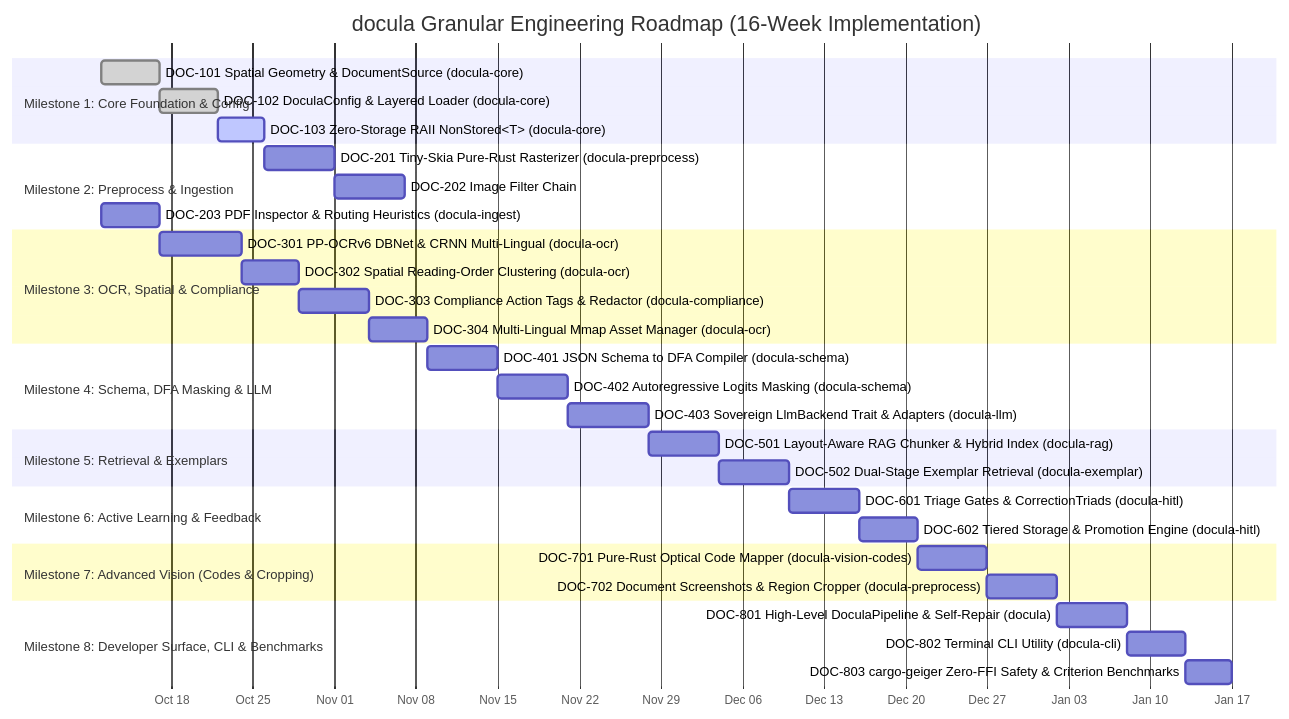
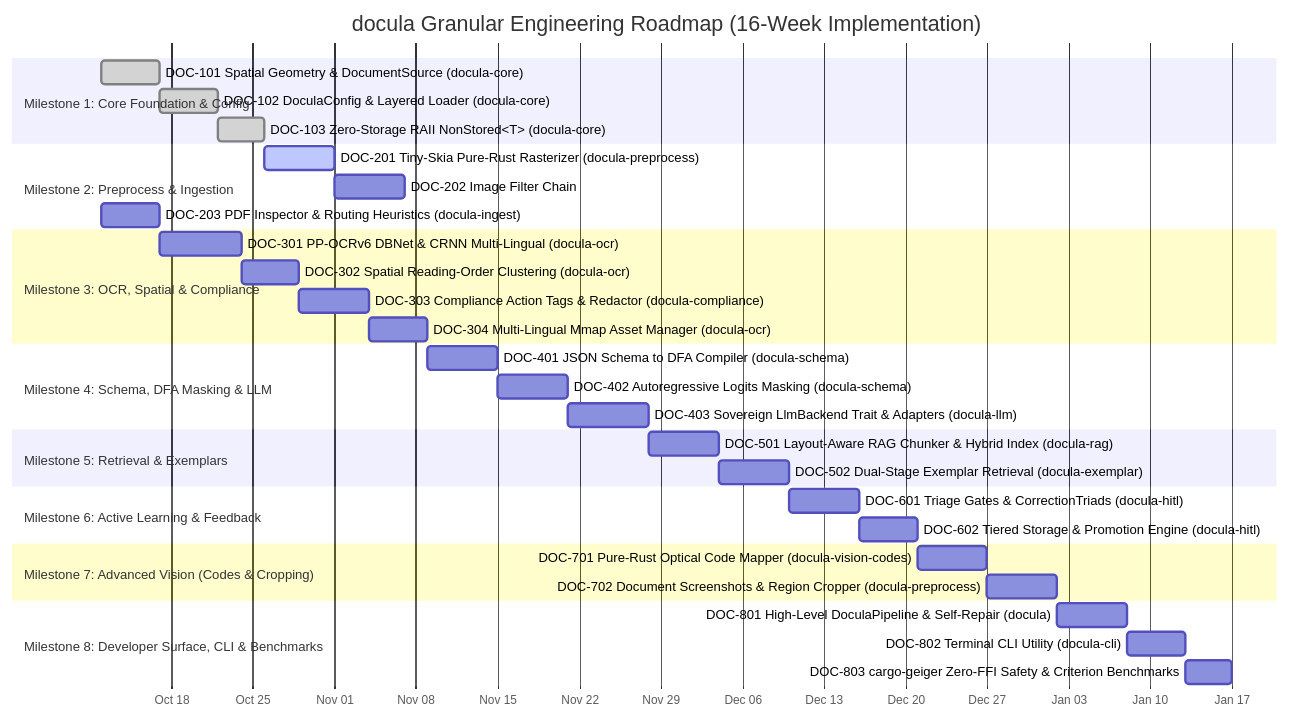
Before and after one commit to yasuomaidana/docula: the diagram in docs/01_DEVELOPMENT_PLAN.md, drawn with Mermaid. The commit also changed 6 other files, not shown here.

Commit message:
feat(core): DOC-103 zero-storage RAII NonStored<T> with zeroize-on-drop and serde erasure

````diff
--- a/docs/01_DEVELOPMENT_PLAN.md
+++ b/docs/01_DEVELOPMENT_PLAN.md
@@ -9,44 +9,44 @@
 ```mermaid
 gantt
     title docula Granular Engineering Roadmap (16-Week Implementation)
     dateFormat  YYYY-MM-DD
     axisFormat %b %d
 
     section Milestone 1: Core Foundation & Config
     DOC-101 Spatial Geometry & DocumentSource (docula-core) :done, m1_1, 2026-10-12, 5d
     DOC-102 DoculaConfig & Layered Loader (docula-core)     :done, m1_2, after m1_1, 5d
-    DOC-103 Zero-Storage RAII NonStored<T> (docula-core)   :active, m1_3, after m1_2, 4d
+    DOC-103 Zero-Storage RAII NonStored<T> (docula-core)   :done, m1_3, after m1_2, 4d
 
     section Milestone 2: Preprocess & Ingestion
-    DOC-201 Tiny-Skia Pure-Rust Rasterizer (docula-preprocess) :m2_1, after m1_3, 6d
+    DOC-201 Tiny-Skia Pure-Rust Rasterizer (docula-preprocess) :active, m2_1, after m1_3, 6d
     DOC-202 Image Filter Chain: Deskew & Binarize              :m2_2, after m2_1, 6d
     DOC-203 PDF Inspector & Routing Heuristics (docula-ingest) :m2_3, after m2_2, 5d
 
     section Milestone 3: OCR, Spatial & Compliance
     DOC-301 PP-OCRv6 DBNet & CRNN Multi-Lingual (docula-ocr)   :m3_1, after m2_3, 7d
     DOC-302 Spatial Reading-Order Clustering (docula-ocr)      :m3_2, after m3_1, 5d
     DOC-303 Compliance Action Tags & Redactor (docula-compliance):m3_3, after m3_2, 6d
     DOC-304 Multi-Lingual Mmap Asset Manager (docula-ocr)      :m3_4, after m3_3, 5d
 
     section Milestone 4: Schema, DFA Masking & LLM
     DOC-401 JSON Schema to DFA Compiler (docula-schema)        :m4_1, after m3_4, 6d
     DOC-402 Autoregressive Logits Masking (docula-schema)      :m4_2, after m4_1, 6d
     DOC-403 Sovereign LlmBackend Trait & Adapters (docula-llm) :m4_3, after m4_2, 7d
 
     section Milestone 5: Retrieval & Exemplars
     DOC-501 Layout-Aware RAG Chunker & Hybrid Index (docula-rag):m5_1, after m4_3, 6d
     DOC-502 Dual-Stage Exemplar Retrieval (docula-exemplar)    :m5_2, after m5_1, 6d
 
     section Milestone 6: Active Learning & Feedback
     DOC-601 Triage Gates & CorrectionTriads (docula-hitl)      :m6_1, after m5_2, 6d
     DOC-602 Tiered Storage & Promotion Engine (docula-hitl)    :m6_2, after m6_1, 5d
 
     section Milestone 7: Advanced Vision (Codes & Cropping)
     DOC-701 Pure-Rust Optical Code Mapper (docula-vision-codes):m7_1, after m6_2, 6d
     DOC-702 Document Screenshots & Region Cropper (docula-preprocess):m7_2, after m7_1, 6d
 
     section Milestone 8: Developer Surface, CLI & Benchmarks
     DOC-801 High-Level DoculaPipeline & Self-Repair (docula)   :m8_1, after m7_2, 6d
     DOC-802 Terminal CLI Utility (docula-cli)                  :m8_2, after m8_1, 5d
     DOC-803 cargo-geiger Zero-FFI Safety & Criterion Benchmarks:m8_3, after m8_2, 4d
 ```
````
